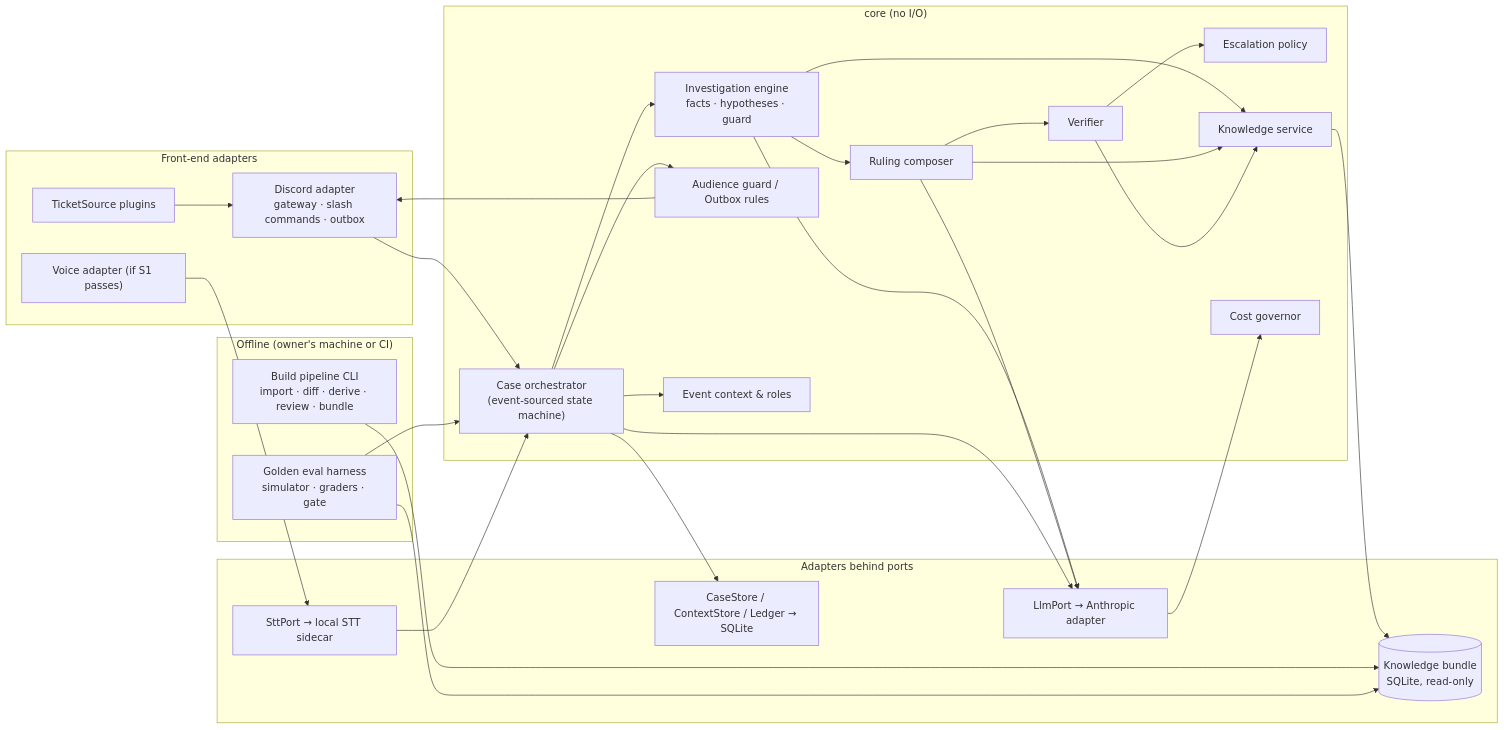
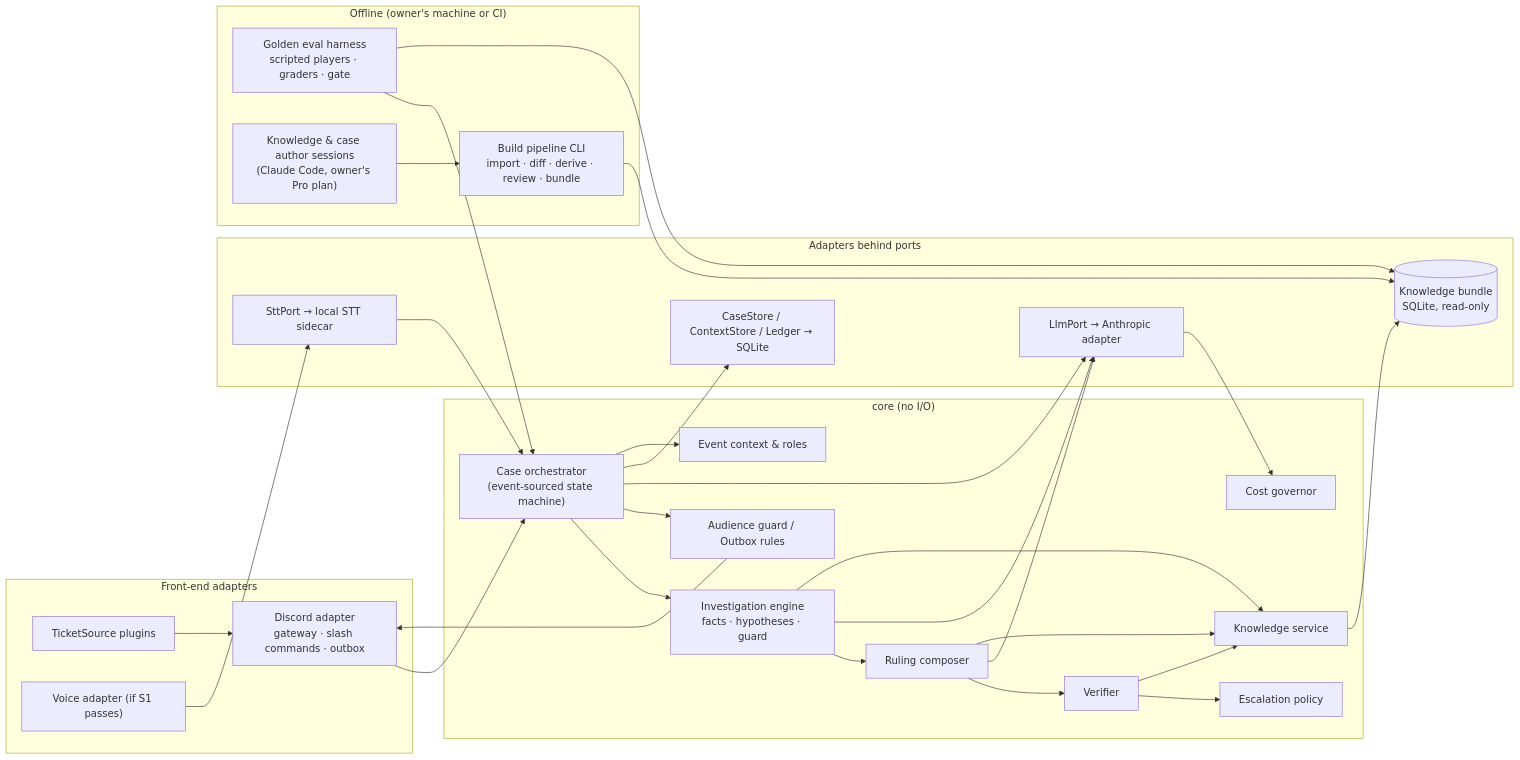
Before and after one commit to feamar/mtg-judge: the first of 2 diagrams in docs/architecture/ARCHITECTURE.md, drawn with Mermaid. The commit also changed other lines of this file and 10 other files, not shown here.

First line of the commit message:
Architecture: run build and test on the Pro plan; accept OQ-23; Tickets bot details

````diff
--- a/docs/architecture/ARCHITECTURE.md
+++ b/docs/architecture/ARCHITECTURE.md
@@ -27,42 +27,44 @@
 ```mermaid
 flowchart LR
   subgraph FrontEnds["Front-end adapters"]
     DISC["Discord adapter<br/>gateway · slash commands · outbox"]
     TS["TicketSource plugins"]
     VOICE["Voice adapter (if S1 passes)"]
   end
   subgraph Core["core (no I/O)"]
     ORCH["Case orchestrator<br/>(event-sourced state machine)"]
     INV["Investigation engine<br/>facts · hypotheses · guard"]
     COMP["Ruling composer"]
     VER["Verifier"]
     ESC["Escalation policy"]
     AUD["Audience guard / Outbox rules"]
     KNOW["Knowledge service"]
     CTX["Event context & roles"]
     GOV["Cost governor"]
   end
   subgraph Ports["Adapters behind ports"]
     LLM["LlmPort → Anthropic adapter"]
     STT["SttPort → local STT sidecar"]
     STORE["CaseStore / ContextStore / Ledger → SQLite"]
     BUNDLE[("Knowledge bundle<br/>SQLite, read-only")]
   end
   subgraph Offline["Offline (owner's machine or CI)"]
     PIPE["Build pipeline CLI<br/>import · diff · derive · review · bundle"]
-    EVAL["Golden eval harness<br/>simulator · graders · gate"]
+    EVAL["Golden eval harness<br/>scripted players · graders · gate"]
+    AUTH["Knowledge & case author sessions<br/>(Claude Code, owner's Pro plan)"]
+    AUTH --> PIPE
   end
   DISC --> ORCH
   TS --> DISC
   VOICE --> STT --> ORCH
   ORCH --> INV --> COMP --> VER --> ESC
   ORCH --> AUD --> DISC
   INV & COMP & ORCH --> LLM
   INV & COMP & VER --> KNOW --> BUNDLE
   ORCH --> STORE
   ORCH --> CTX
   LLM --> GOV
   PIPE --> BUNDLE
   EVAL --> ORCH
   EVAL --> BUNDLE
 ```
````
